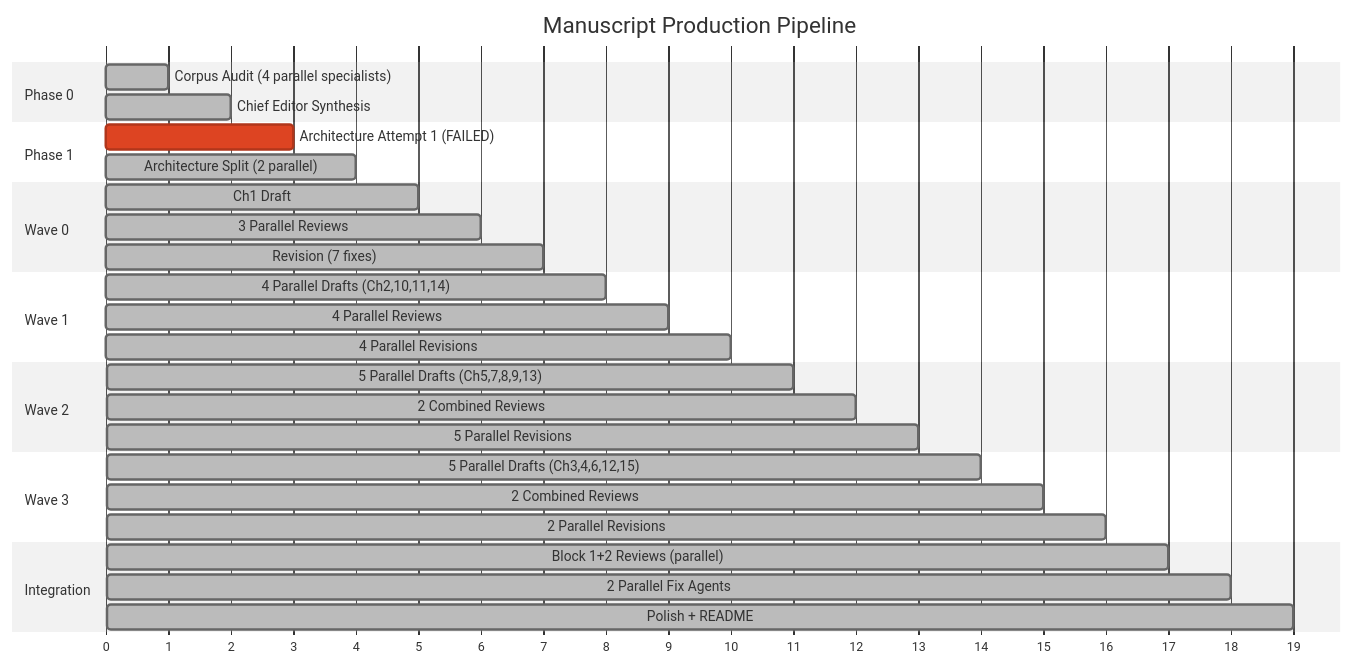
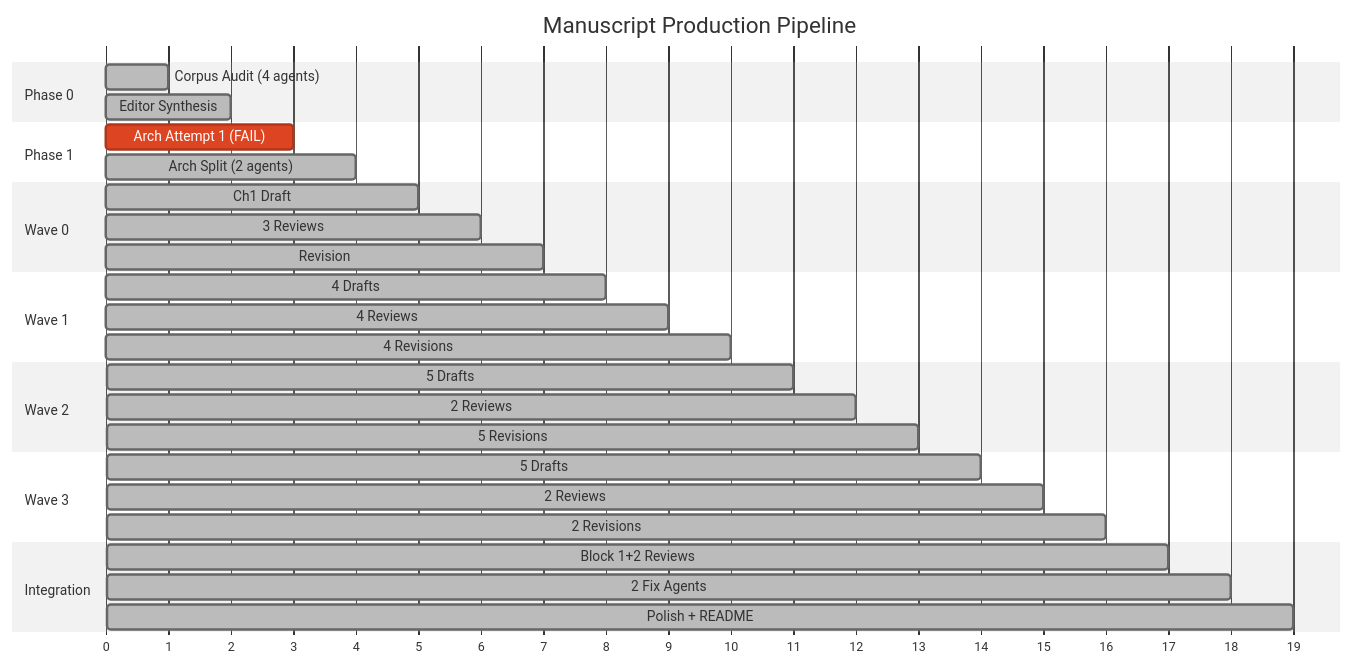
One commit to danielmeppiel/agentic-sdlc-handbook changed the second of 4 diagrams in case-study-handbook-writing.qmd. Above: the diagram before and after it, drawn with Mermaid (neutral theme). The commit also changed other lines of this file and 16 other files, not shown here.

First line of the commit message:
fix: aggressive fig-width capping — RCA-driven mermaid rendering overhaul

````diff
--- a/case-study-handbook-writing.qmd
+++ b/case-study-handbook-writing.qmd
@@ -81,40 +81,40 @@
 ```{mermaid}
-%%| fig-width: 5.5
+%%| fig-width: 4.5
 gantt
     title Manuscript Production Pipeline
     dateFormat X
     axisFormat %s
 
     section Phase 0
-    Corpus Audit (4 parallel specialists)    :done, p0, 0, 1
-    Chief Editor Synthesis                    :done, p0s, 1, 2
+    Corpus Audit (4 agents)                  :done, p0, 0, 1
+    Editor Synthesis                          :done, p0s, 1, 2
 
     section Phase 1
-    Architecture Attempt 1 (FAILED)          :crit, p1f, 2, 3
-    Architecture Split (2 parallel)          :done, p1, 3, 4
+    Arch Attempt 1 (FAIL)                    :crit, p1f, 2, 3
+    Arch Split (2 agents)                    :done, p1, 3, 4
 
     section Wave 0
     Ch1 Draft                                :done, w0d, 4, 5
-    3 Parallel Reviews                       :done, w0r, 5, 6
-    Revision (7 fixes)                       :done, w0v, 6, 7
+    3 Reviews                                :done, w0r, 5, 6
+    Revision                                 :done, w0v, 6, 7
 
     section Wave 1
-    4 Parallel Drafts (Ch2,10,11,14)         :done, w1d, 7, 8
-    4 Parallel Reviews                       :done, w1r, 8, 9
-    4 Parallel Revisions                     :done, w1v, 9, 10
+    4 Drafts                                 :done, w1d, 7, 8
+    4 Reviews                                :done, w1r, 8, 9
+    4 Revisions                              :done, w1v, 9, 10
 
     section Wave 2
-    5 Parallel Drafts (Ch5,7,8,9,13)         :done, w2d, 10, 11
-    2 Combined Reviews                       :done, w2r, 11, 12
-    5 Parallel Revisions                     :done, w2v, 12, 13
+    5 Drafts                                 :done, w2d, 10, 11
+    2 Reviews                                :done, w2r, 11, 12
+    5 Revisions                              :done, w2v, 12, 13
 
     section Wave 3
-    5 Parallel Drafts (Ch3,4,6,12,15)        :done, w3d, 13, 14
-    2 Combined Reviews                       :done, w3r, 14, 15
-    2 Parallel Revisions                     :done, w3v, 15, 16
+    5 Drafts                                 :done, w3d, 13, 14
+    2 Reviews                                :done, w3r, 14, 15
+    2 Revisions                              :done, w3v, 15, 16
 
     section Integration
-    Block 1+2 Reviews (parallel)             :done, ir, 16, 17
-    2 Parallel Fix Agents                    :done, fix, 17, 18
+    Block 1+2 Reviews                        :done, ir, 16, 17
+    2 Fix Agents                             :done, fix, 17, 18
     Polish + README                          :done, pol, 18, 19
 ```
````
